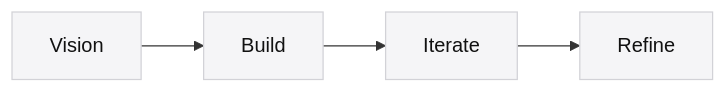
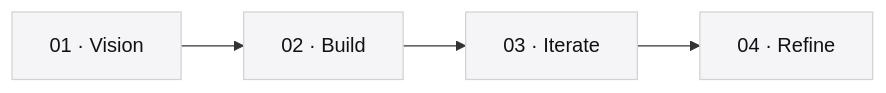
The diagram in README.md (Namtran592005/Namtran592005), drawn with Mermaid before and after one commit. The commit also changed other lines of this file and 1 other file, not shown here.

Commit message:
docs: redesign profile process diagram

````diff
--- a/README.md
+++ b/README.md
@@ -25,6 +25,6 @@
 ```mermaid
 flowchart LR
-  Vision --> Build --> Iterate --> Refine
-  classDef soft fill:#f5f5f7,stroke:#d2d2d7,color:#111111,stroke-width:1px;
-  class Vision,Build,Iterate,Refine soft;
+  A["01 · Vision"] --> B["02 · Build"] --> C["03 · Iterate"] --> D["04 · Refine"]
+  classDef step fill:#f5f5f7,stroke:#d2d2d7,color:#111111,stroke-width:1px;
+  class A,B,C,D step;
 ```
````
